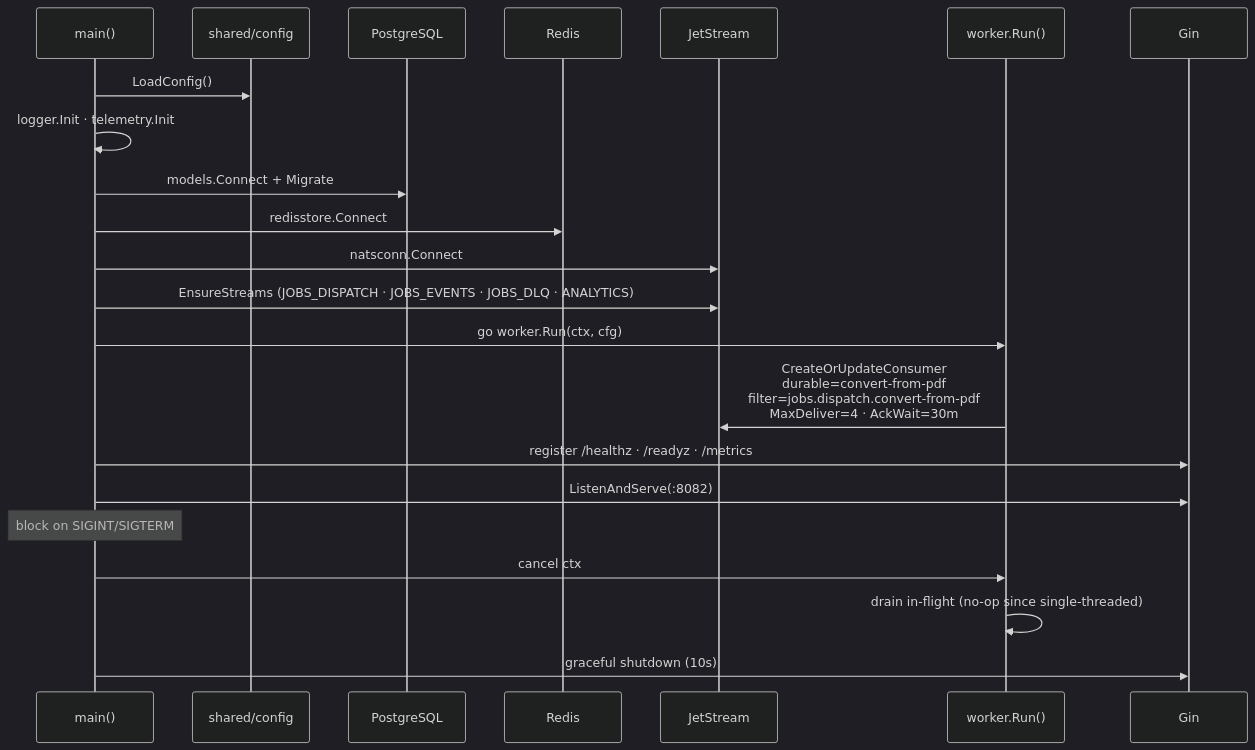
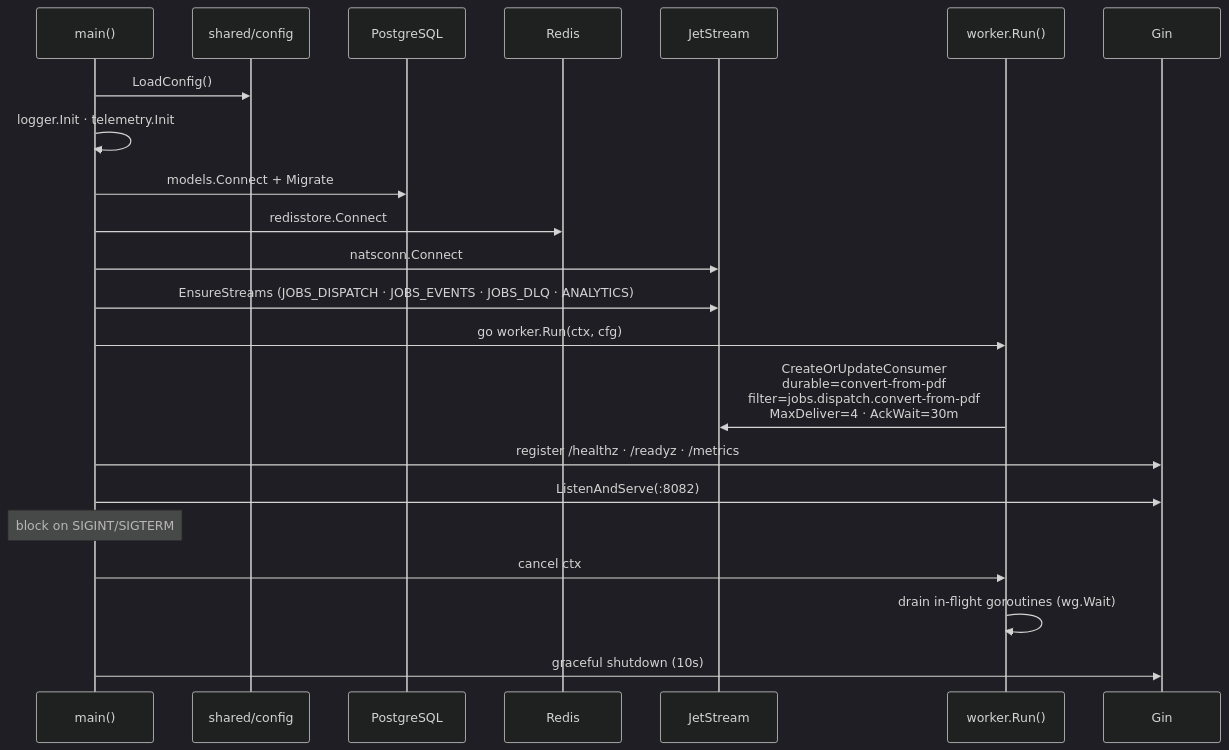
The fifth of 6 diagrams in docs/developer/mermaid/service-convert-from-pdf-sequence.md (Prachidubey2003/fyredocs_backend), drawn with Mermaid (dark theme) before and after one commit. The commit also changed 14 other files, not shown here.

````diff
--- a/docs/developer/mermaid/service-convert-from-pdf-sequence.md
+++ b/docs/developer/mermaid/service-convert-from-pdf-sequence.md
@@ -114,25 +114,25 @@
 ```mermaid
 sequenceDiagram
     participant Main as main()
     participant Cfg as shared/config
     participant DB as PostgreSQL
     participant Redis
     participant NATS as JetStream
     participant W as worker.Run()
     participant Gin
 
     Main->>Cfg: LoadConfig()
     Main->>Main: logger.Init · telemetry.Init
     Main->>DB: models.Connect + Migrate
     Main->>Redis: redisstore.Connect
     Main->>NATS: natsconn.Connect
     Main->>NATS: EnsureStreams (JOBS_DISPATCH · JOBS_EVENTS · JOBS_DLQ · ANALYTICS)
     Main->>W: go worker.Run(ctx, cfg)
     W->>NATS: CreateOrUpdateConsumer<br/>durable=convert-from-pdf<br/>filter=jobs.dispatch.convert-from-pdf<br/>MaxDeliver=4 · AckWait=30m
     Main->>Gin: register /healthz · /readyz · /metrics
     Main->>Gin: ListenAndServe(:8082)
     Note over Main: block on SIGINT/SIGTERM
     Main->>W: cancel ctx
-    W->>W: drain in-flight (no-op since single-threaded)
+    W->>W: drain in-flight goroutines (wg.Wait)
     Main->>Gin: graceful shutdown (10s)
 ```
````
